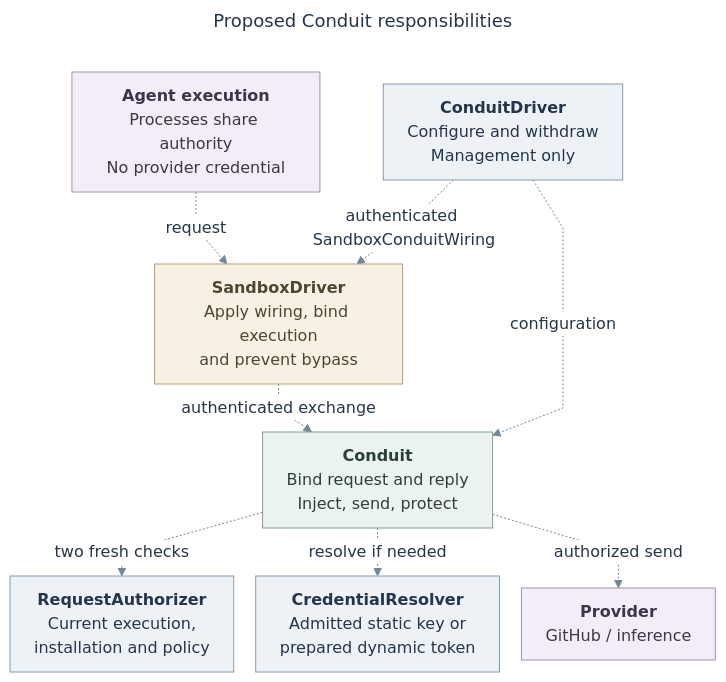
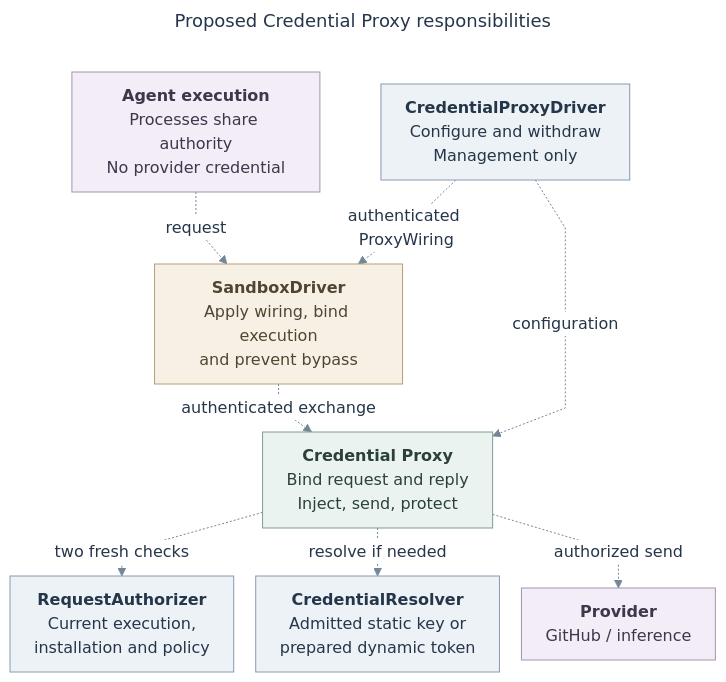
One commit to anmol0b/openclaw-enterprise changed the diagram in specs/rfcs/0021-egress-proxy-credential-lifecycle/assets/overview.mmd. Above: the diagram before and after it, drawn with Mermaid. The commit also changed 9 other files, not shown here.

Commit message:
Name the protected provider capability Credential Proxy in RFC-0021

```diff
--- a/specs/rfcs/0021-egress-proxy-credential-lifecycle/assets/overview.mmd
+++ b/specs/rfcs/0021-egress-proxy-credential-lifecycle/assets/overview.mmd
@@ -1,49 +1,49 @@
 ---
-title: "Proposed Conduit responsibilities"
+title: "Proposed Credential Proxy responsibilities"
 config:
   theme: base
   htmlLabels: true
   themeVariables:
     fontFamily: "Arial, sans-serif"
     fontSize: "16px"
     primaryTextColor: "#25364A"
     lineColor: "#748798"
     edgeLabelBackground: "#FFFFFF"
     clusterBkg: "#FAFBFC"
     clusterBorder: "#D8DEE6"
   flowchart:
     useMaxWidth: false
     curve: linear
     nodeSpacing: 22
     rankSpacing: 24
     padding: 12
     diagramPadding: 12
     subGraphTitleMargin:
       top: 10
       bottom: 14
 ---
 flowchart TB
   %% Proposed responsibilities, not necessarily separate processes.
   Agent["<b>Agent execution</b><br/>Processes share authority<br/>No provider credential"]
   Sandbox["<b>SandboxDriver</b><br/>Apply wiring, bind execution<br/>and prevent bypass"]
-  Driver["<b>ConduitDriver</b><br/>Configure and withdraw<br/>Management only"]
-  Sender["<b>Conduit</b><br/>Bind request and reply<br/>Inject, send, protect"]
+  Driver["<b>CredentialProxyDriver</b><br/>Configure and withdraw<br/>Management only"]
+  Sender["<b>Credential Proxy</b><br/>Bind request and reply<br/>Inject, send, protect"]
   OCC["<b>RequestAuthorizer</b><br/>Current execution,<br/>installation and policy"]
   Resolver["<b>CredentialResolver</b><br/>Admitted static key or<br/>prepared dynamic token"]
   Provider["<b>Provider</b><br/>GitHub / inference"]
   Agent -. request .-> Sandbox
   Sandbox -. authenticated exchange .-> Sender
-  Driver -. authenticated SandboxConduitWiring .-> Sandbox
+  Driver -. authenticated ProxyWiring .-> Sandbox
   Driver -. configuration .-> Sender
   Sender -. two fresh checks .-> OCC
   Sender -. resolve if needed .-> Resolver
   Sender -. authorized send .-> Provider
   class Agent,Provider external
   class Sender action
   class Sandbox gate
   class Driver,OCC,Resolver api
   classDef api fill:#EDF2F7,stroke:#879AB0,color:#25364A,stroke-width:1px
   classDef action fill:#EBF3F0,stroke:#7F9D93,color:#2B4038,stroke-width:1px
   classDef external fill:#F2EDF6,stroke:#A394AF,color:#40354B,stroke-width:1px
   classDef gate fill:#F7F1E5,stroke:#B3A078,color:#514532,stroke-width:1px
   linkStyle default stroke:#748798,stroke-width:1px
```
